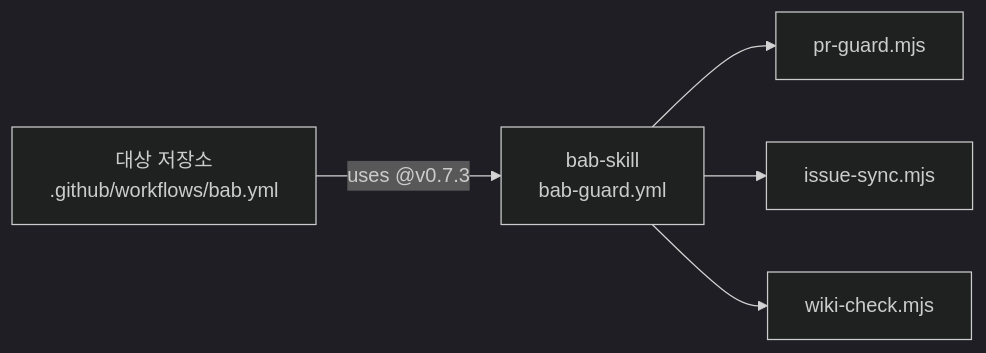
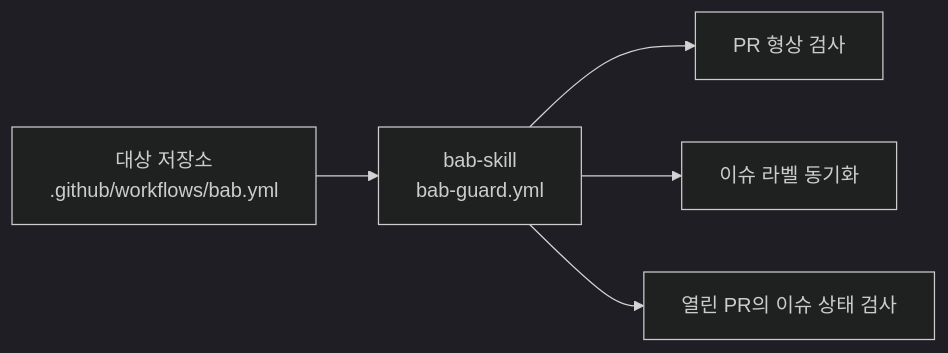
Before and after one commit to freevue/bab-skill: the first of 3 diagrams in docs/guide.md, drawn with Mermaid (dark theme). The commit also changed other lines of this file and 11 other files, not shown here.

````diff
--- a/docs/guide.md
+++ b/docs/guide.md
@@ -369,7 +370,7 @@
 ```mermaid
 flowchart LR
-  A[대상 저장소<br/>.github/workflows/bab.yml] -->|uses @v0.7.3| B[bab-skill<br/>bab-guard.yml]
-  B --> C[pr-guard.mjs]
-  B --> D[issue-sync.mjs]
-  B --> E[wiki-check.mjs]
+  A[대상 저장소<br/>.github/workflows/bab.yml] --> B[bab-skill<br/>bab-guard.yml]
+  B --> C[PR 형상 검사]
+  B --> D[이슈 라벨 동기화]
+  B --> E[열린 PR의 이슈 상태 검사]
 ```
````
